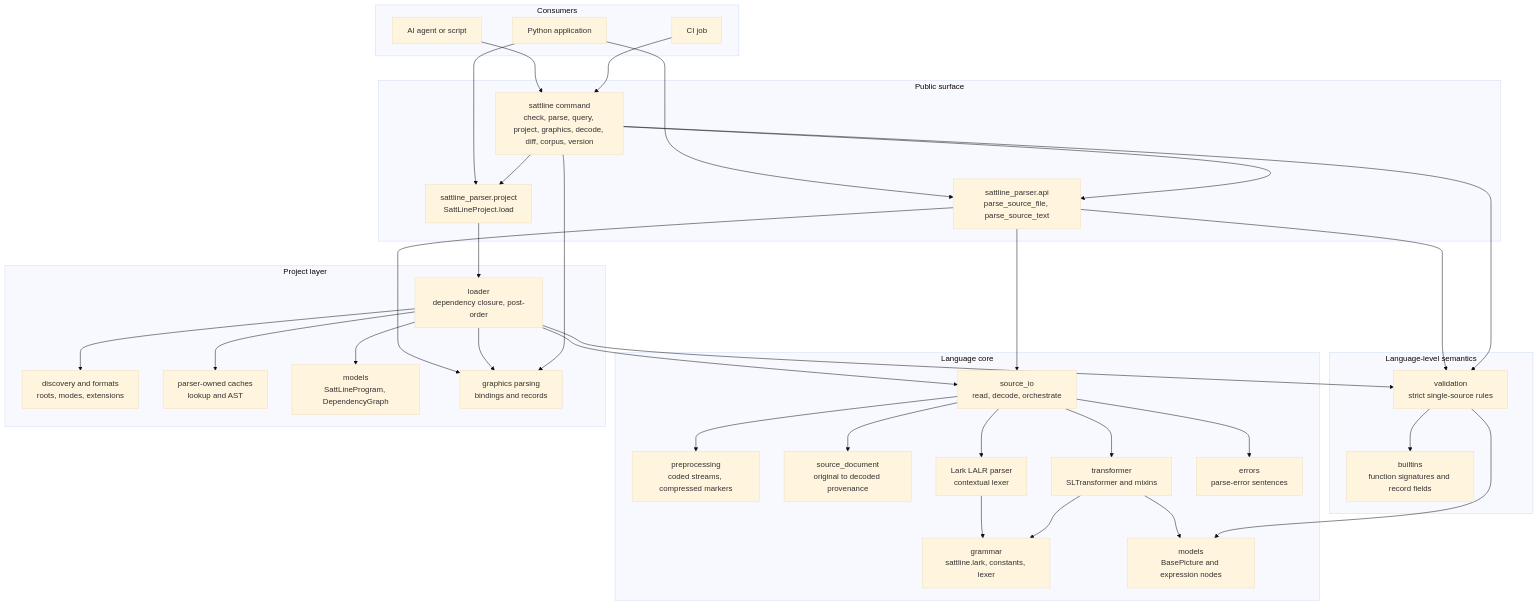
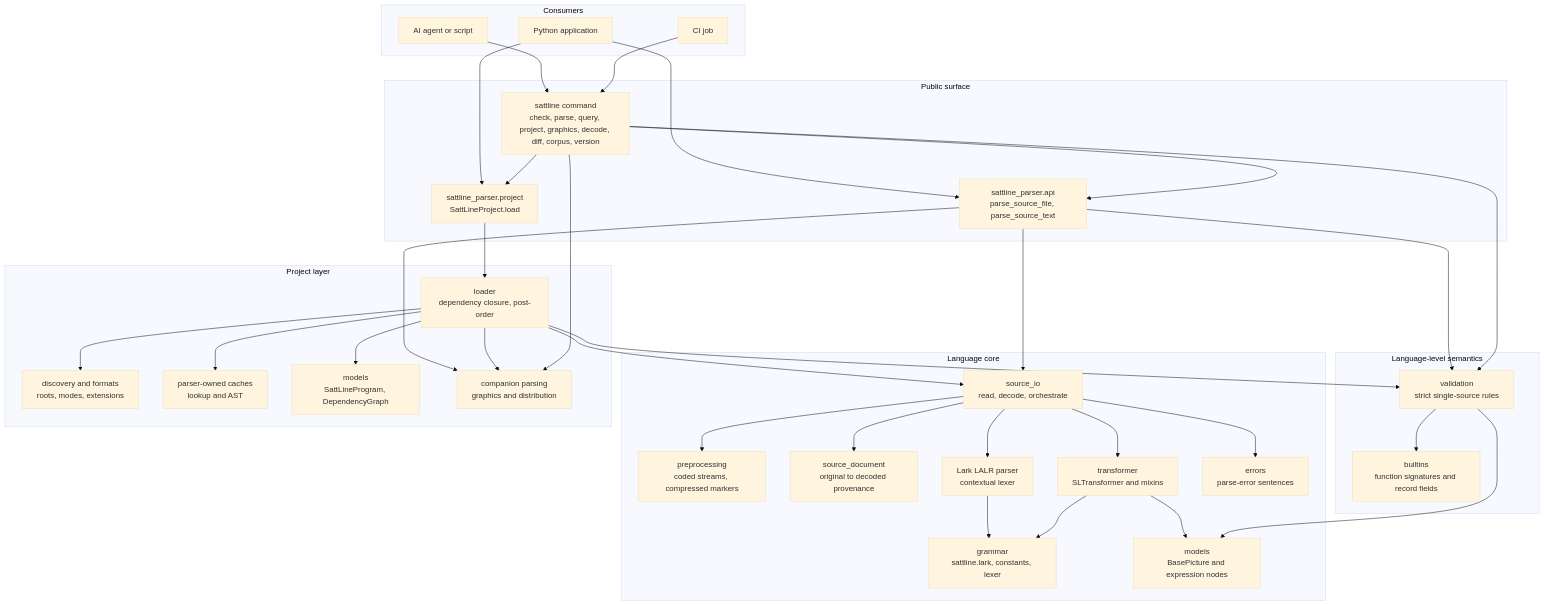
Before and after one commit to SorenHJohansen/sattline-parser: the second of 2 diagrams in docs/README.md, drawn with Mermaid (base theme). The commit also changed other lines of this file and 29 other files, not shown here.

````diff
--- a/docs/README.md
+++ b/docs/README.md
@@ -102,70 +103,70 @@
 ```mermaid
 flowchart TB
     subgraph Consumers["Consumers"]
         APP["Python application"]
         AGENT["AI agent or script"]
         CI["CI job"]
     end
 
     subgraph Surface["Public surface"]
         API["sattline_parser.api<br/>parse_source_file, parse_source_text"]
         CLI["sattline command<br/>check, parse, query, project, graphics, decode, diff, corpus, version"]
         PROJ["sattline_parser.project<br/>SattLineProject.load"]
     end
 
     subgraph Core["Language core"]
         SRC["source_io<br/>read, decode, orchestrate"]
         PRE["preprocessing<br/>coded streams, compressed markers"]
         DOC["source_document<br/>original to decoded provenance"]
         GR["grammar<br/>sattline.lark, constants, lexer"]
         LARK["Lark LALR parser<br/>contextual lexer"]
         TR["transformer<br/>SLTransformer and mixins"]
         AST["models<br/>BasePicture and expression nodes"]
         ERR["errors<br/>parse-error sentences"]
     end
 
     subgraph Semantic["Language-level semantics"]
         VAL["validation<br/>strict single-source rules"]
         BUILT["builtins<br/>function signatures and record fields"]
     end
 
     subgraph Graph["Project layer"]
         DISC["discovery and formats<br/>roots, modes, extensions"]
         LOAD["loader<br/>dependency closure, post-order"]
         CACHE["parser-owned caches<br/>lookup and AST"]
         GRAPH["models<br/>SattLineProgram, DependencyGraph"]
-        GPARSE["graphics parsing<br/>bindings and records"]
+        GPARSE["companion parsing<br/>graphics and distribution"]
     end
 
     APP --> API
     APP --> PROJ
     AGENT --> CLI
     CI --> CLI
 
     API --> SRC
     API --> VAL
     API --> GPARSE
     PROJ --> LOAD
 
     SRC --> PRE
     SRC --> DOC
     SRC --> LARK
     SRC --> TR
     SRC --> ERR
     LARK --> GR
     TR --> AST
     TR --> GR
 
     VAL --> AST
     VAL --> BUILT
     LOAD --> SRC
     LOAD --> DISC
     LOAD --> VAL
     LOAD --> GPARSE
     LOAD --> CACHE
     LOAD --> GRAPH
     CLI --> API
     CLI --> PROJ
     CLI --> VAL
     CLI --> GPARSE
 ```
````
